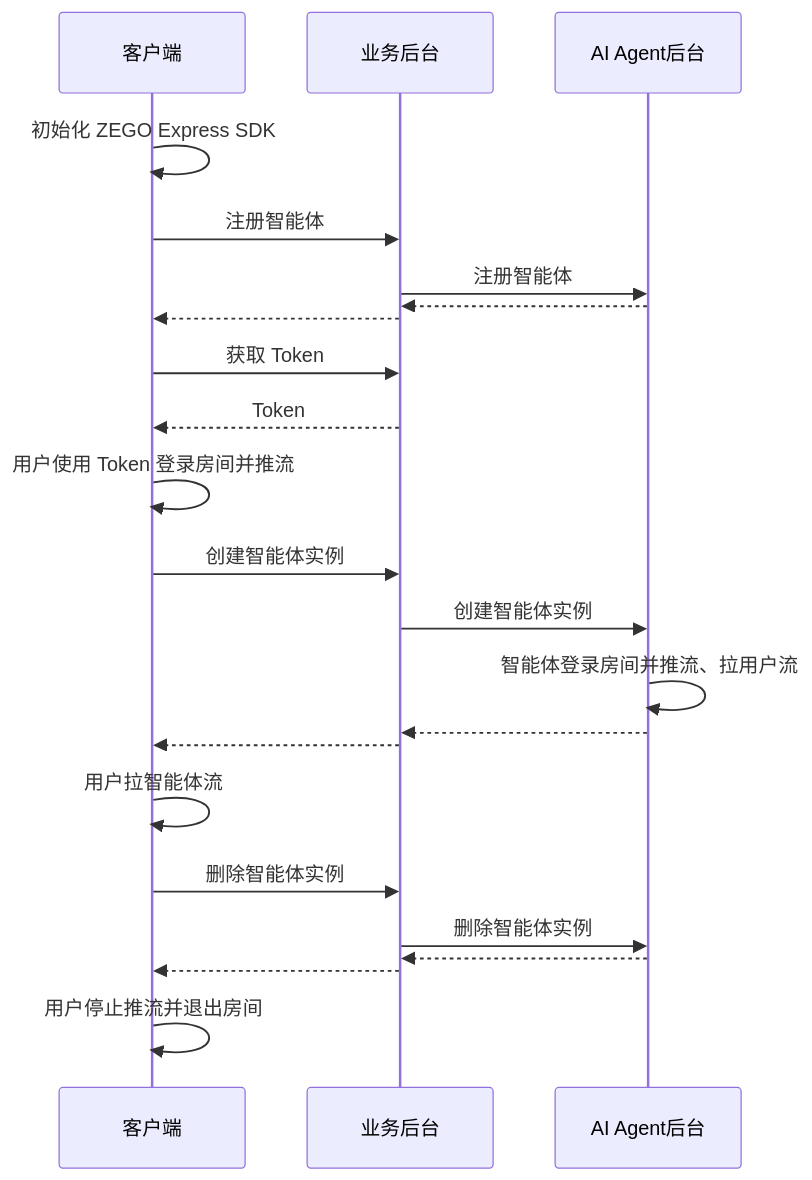
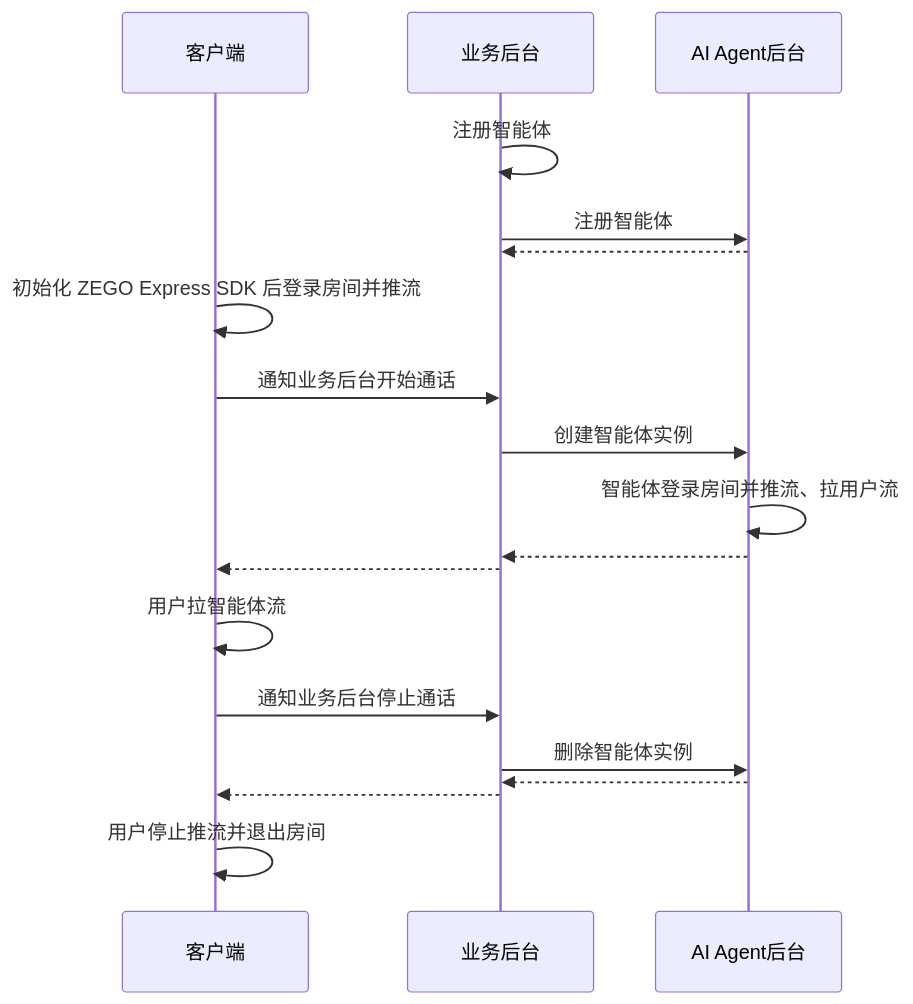
One commit to ZEGOCLOUD/docs_all changed the diagram in core_products/aiagent/zh/docs_aiagent_server_zh/Quick start.mdx. Above: the diagram before and after it, drawn with Mermaid. The commit also changed other lines of this file and 28 other files, not shown here.

````diff
--- a/core_products/aiagent/zh/docs_aiagent_server_zh/Quick start.mdx
+++ b/core_products/aiagent/zh/docs_aiagent_server_zh/Quick start.mdx
@@ -62,34 +25,28 @@
 ```mermaid
 sequenceDiagram
     participant 客户端
     participant 业务后台
     participant AI Agent后台
     
-    客户端->>客户端: 初始化 ZEGO Express SDK
-    
-    客户端->>业务后台: 注册智能体
+    业务后台->>业务后台: 注册智能体
     业务后台->>AI Agent后台: 注册智能体
     AI Agent后台-->>业务后台: 
-    业务后台-->>客户端: 
+
+    客户端->>客户端: 初始化 ZEGO Express SDK 后登录房间并推流
     
-    客户端->>业务后台: 获取 Token
-    业务后台-->>客户端: Token
-    
-    客户端->>客户端: 用户使用 Token 登录房间并推流
-    
-    客户端->>业务后台: 创建智能体实例
+    客户端->>业务后台: 通知业务后台开始通话
     业务后台->>AI Agent后台: 创建智能体实例
     AI Agent后台->>AI Agent后台: 智能体登录房间并推流、拉用户流
     AI Agent后台-->>业务后台: 
     业务后台-->>客户端: 
     
     
     客户端->>客户端: 用户拉智能体流
     
-    客户端->>业务后台: 删除智能体实例
+    客户端->>业务后台: 通知业务后台停止通话
     业务后台->>AI Agent后台: 删除智能体实例
     AI Agent后台-->>业务后台: 
     业务后台-->>客户端: 
     
     客户端->>客户端: 用户停止推流并退出房间
 ```
````
